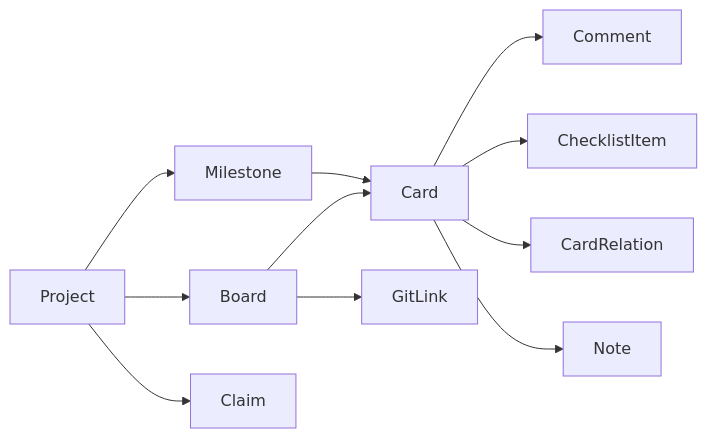
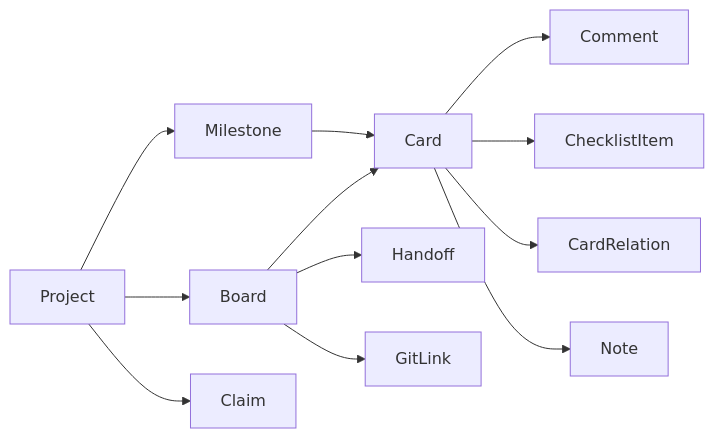
The second of 2 diagrams in docs-site/src/content/docs/tools.mdx (2nspired/project-tracker), drawn with Mermaid before and after one commit. The commit also changed other lines of this file and 2 other files, not shown here.

First line of the commit message:
docs: align tools.mdx + concepts.mdx with Phase 2 Handoff table (#186)

````diff
--- a/docs-site/src/content/docs/tools.mdx
+++ b/docs-site/src/content/docs/tools.mdx
@@ -106,13 +106,14 @@
 ```mermaid
 flowchart LR
 	P[Project] --> B[Board]
 	B --> C[Card]
 	C --> CM[Comment]
 	C --> CK[ChecklistItem]
 	C --> CR[CardRelation]
 	C --> CN[Note]
+	B --> H[Handoff]
 	P --> M[Milestone]
 	M --> C
 	P --> CL[Claim]
 	B --> G[GitLink]
 ```
````
